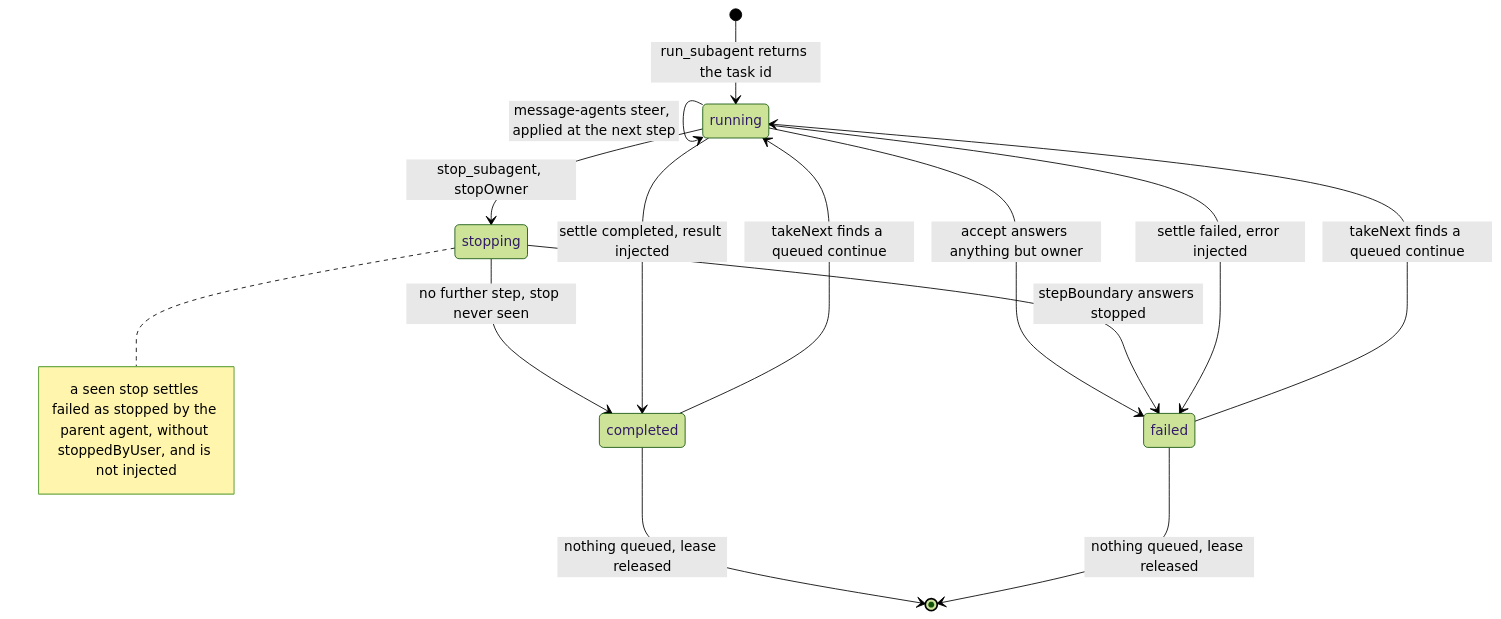
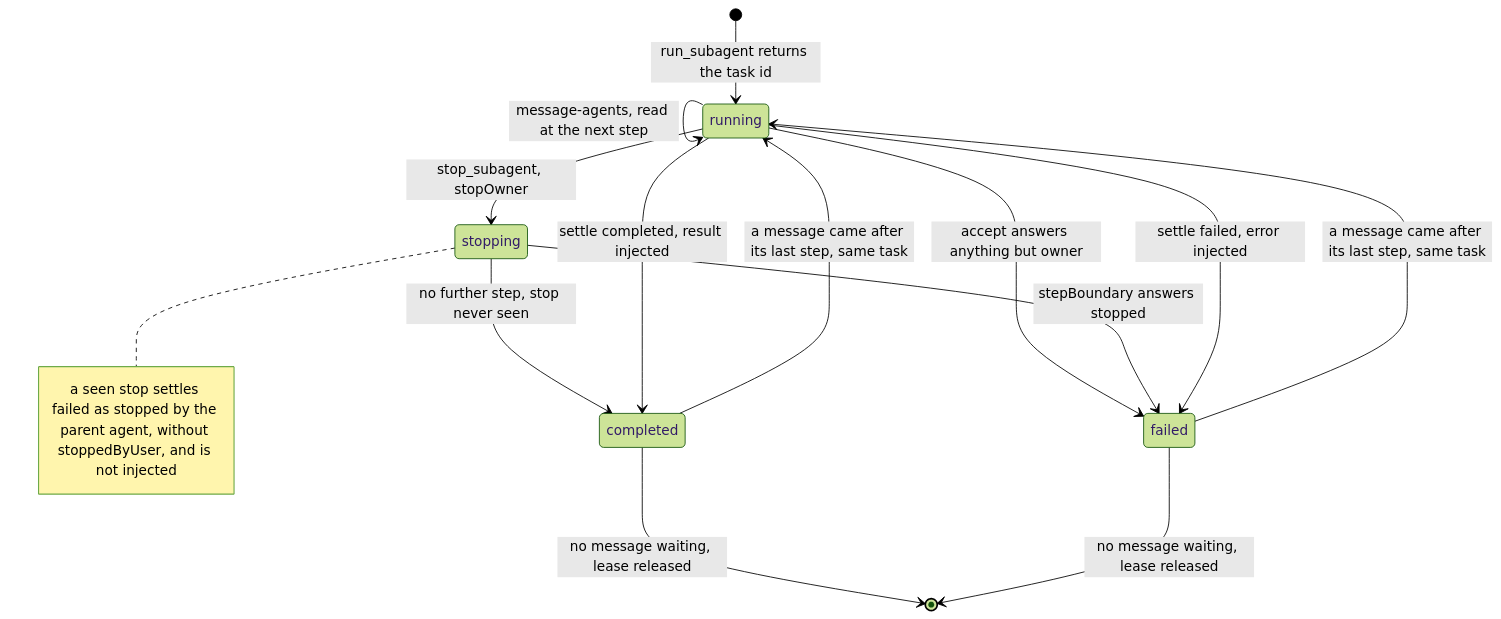
The fourth of 7 diagrams in apps/docs/docs/internals/subagents.md (beeblastco/broods), drawn with Mermaid (forest theme) before and after one commit. The commit also changed other lines of this file and 6 other files, not shown here.

````diff
--- a/apps/docs/docs/internals/subagents.md
+++ b/apps/docs/docs/internals/subagents.md
@@ -128,16 +128,16 @@
 ```mermaid
 stateDiagram-v2
   [*] --> running: run_subagent returns the task id
   running --> failed: accept answers anything but owner
-  running --> running: message-agents steer, applied at the next step
+  running --> running: message-agents, read at the next step
   running --> stopping: stop_subagent, stopOwner
   stopping --> failed: stepBoundary answers stopped
   stopping --> completed: no further step, stop never seen
   running --> completed: settle completed, result injected
   running --> failed: settle failed, error injected
-  completed --> running: takeNext finds a queued continue
-  failed --> running: takeNext finds a queued continue
-  completed --> [*]: nothing queued, lease released
-  failed --> [*]: nothing queued, lease released
+  completed --> running: a message came after its last step, same task
+  failed --> running: a message came after its last step, same task
+  completed --> [*]: no message waiting, lease released
+  failed --> [*]: no message waiting, lease released
   note right of stopping: a seen stop settles failed as stopped by the parent agent, without stoppedByUser, and is not injected
 ```
````
